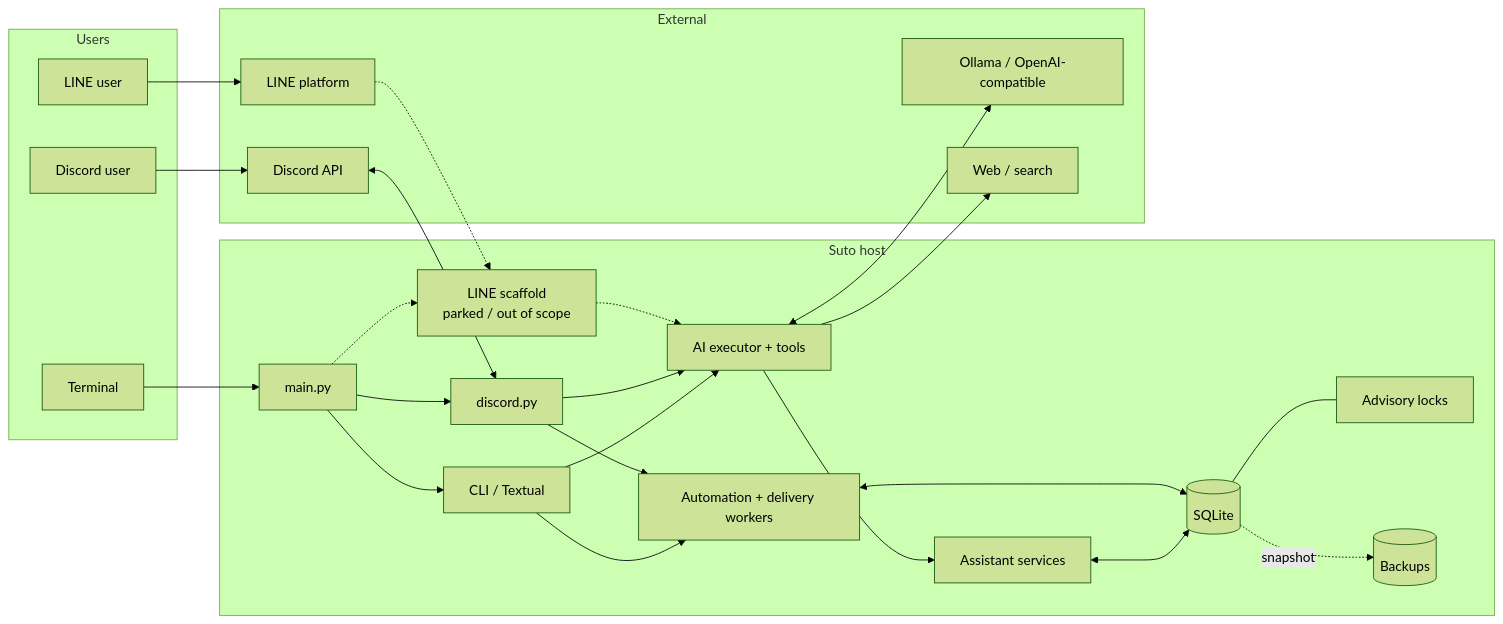
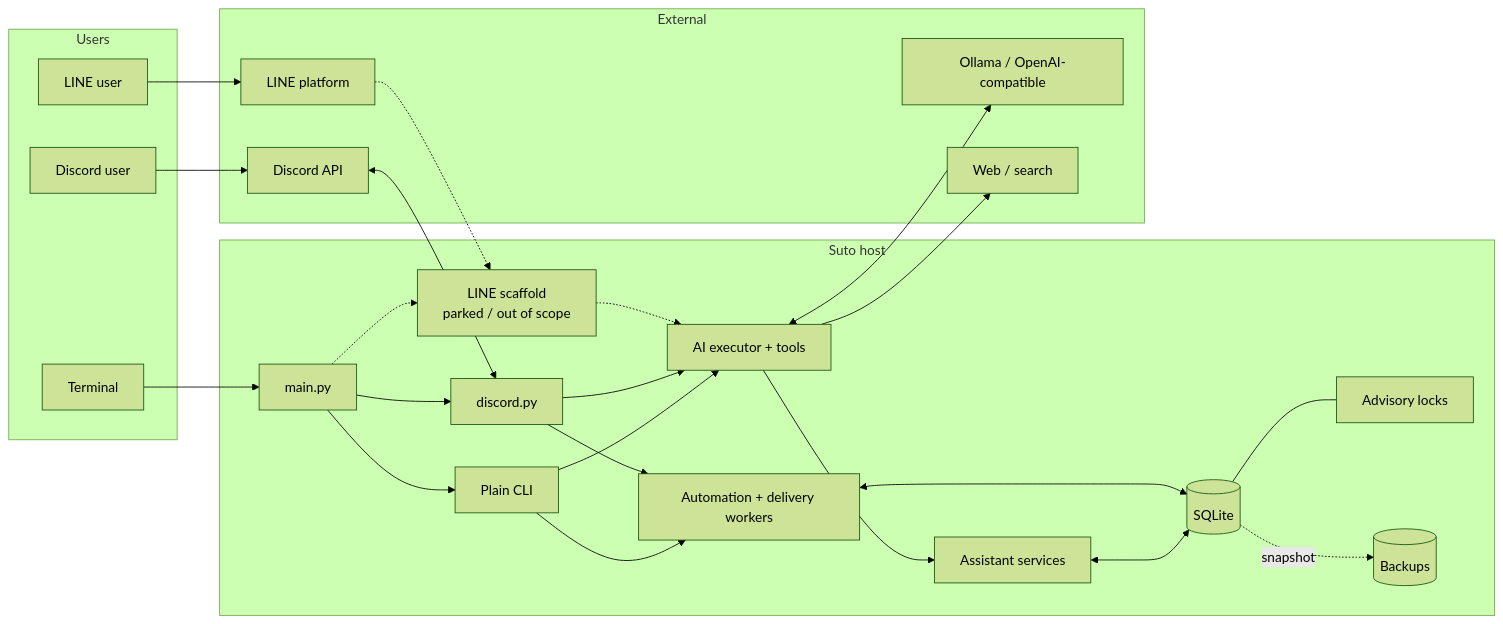
One commit to shoyaa0815/suto changed the diagram in AGENTS.md. Above: the diagram before and after it, drawn with Mermaid (forest theme). The commit also changed other lines of this file and 48 other files, not shown here.

````diff
--- a/AGENTS.md
+++ b/AGENTS.md
@@ -41,39 +41,39 @@
 ```mermaid
 flowchart LR
     subgraph Users
         T[Terminal]
         DUser[Discord user]
         LUser[LINE user]
     end
     subgraph Host[Suto host]
         Main[main.py]
-        CLI[CLI / Textual]
+        CLI[Plain CLI]
         Discord[discord.py]
         Line[LINE scaffold<br/>parked / out of scope]
         AI[AI executor + tools]
         Service[Assistant services]
         Worker[Automation + delivery workers]
         DB[(SQLite)]
         Lock[Advisory locks]
         Backup[(Backups)]
     end
     subgraph External
         DG[Discord API]
         LP[LINE platform]
         Provider[Ollama / OpenAI-compatible]
         Web[Web / search]
     end
     T --> Main --> CLI --> AI
     DUser --> DG <--> Discord --> AI
     LUser --> LP -.-> Line -.-> AI
     Main --> Discord
     Main -.-> Line
     AI <--> Provider
     AI --> Web
     AI --> Service <--> DB
     CLI --> Worker
     Discord --> Worker
     Worker <--> DB
     DB --- Lock
     DB -. snapshot .-> Backup
 ```
````
